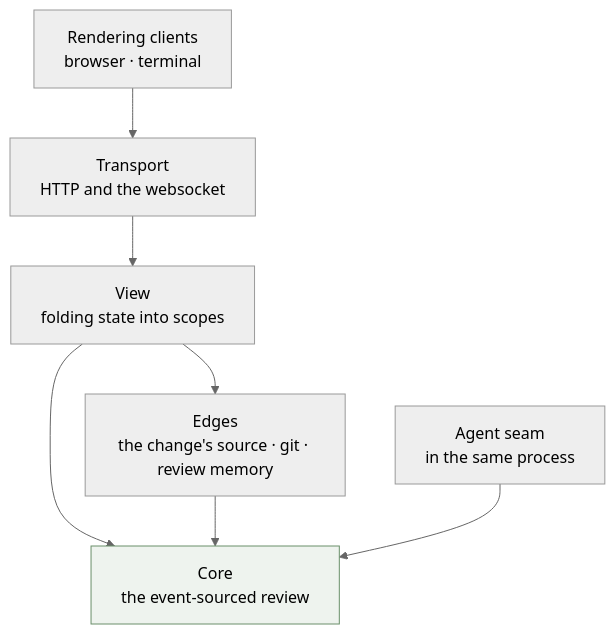
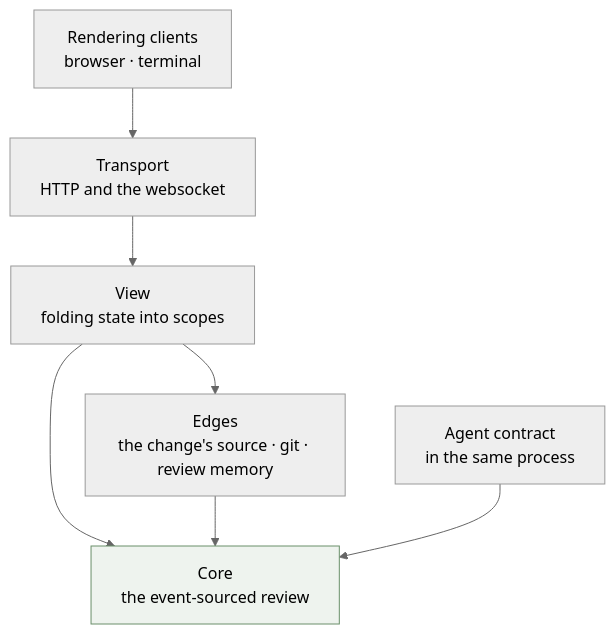
The second of 3 diagrams in docs/architecture.md (Joacchim/review-mate-prototype), drawn with Mermaid (neutral theme) before and after one commit. The commit also changed other lines of this file and 52 other files, not shown here.

First line of the commit message:
refactor(architecture): call the boundaries contracts

````diff
--- a/docs/architecture.md
+++ b/docs/architecture.md
@@ -67,19 +67,19 @@
 ```mermaid
 flowchart TB
     CL["Rendering clients<br/>browser · terminal"]
     TR["Transport<br/>HTTP and the websocket"]
     VW["View<br/>folding state into scopes"]
     ED["Edges<br/>the change's source · git · review memory"]
     CO["Core<br/>the event-sourced review"]
-    AG["Agent seam<br/>in the same process"]
+    AG["Agent contract<br/>in the same process"]
 
     CL --> TR
     TR --> VW
     VW --> ED
     VW --> CO
     ED --> CO
     AG --> CO
 
     classDef bottom fill:#eef3ee,stroke:#6a8f6a
     class CO bottom
 ```
````
